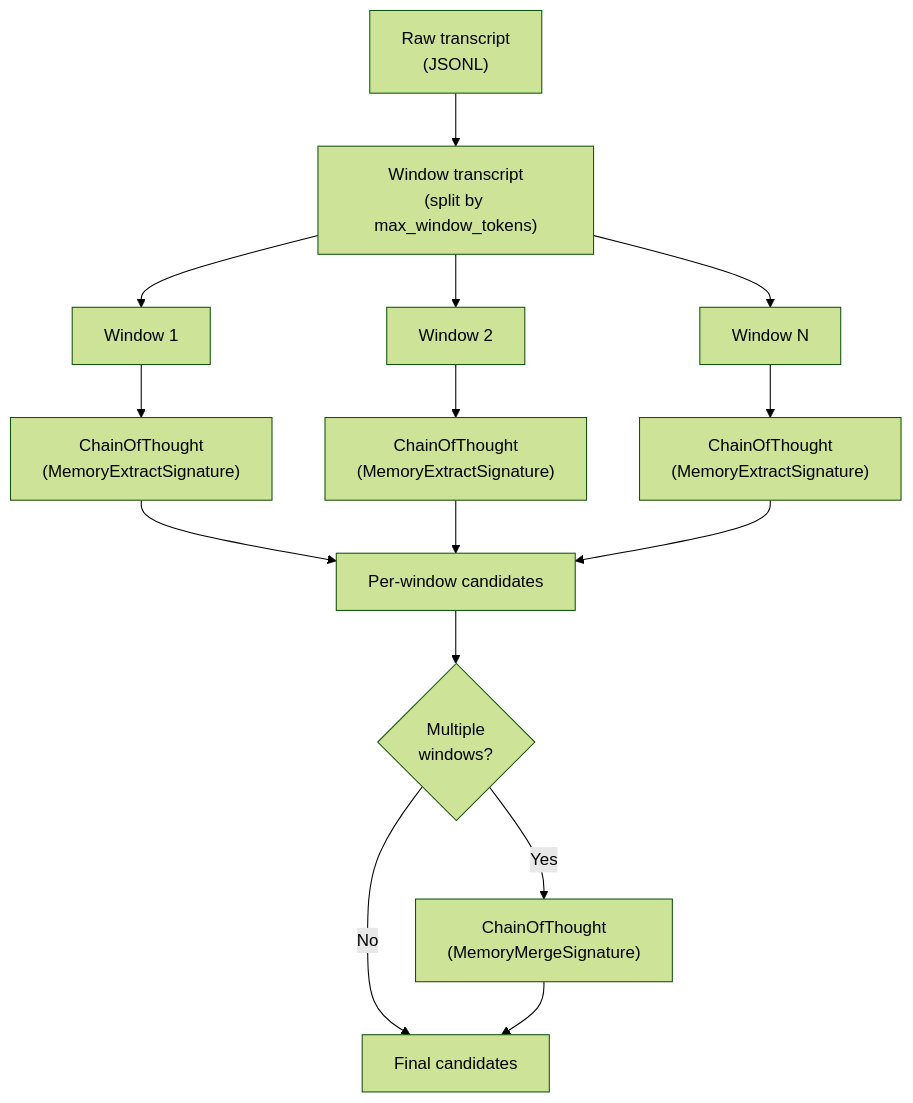
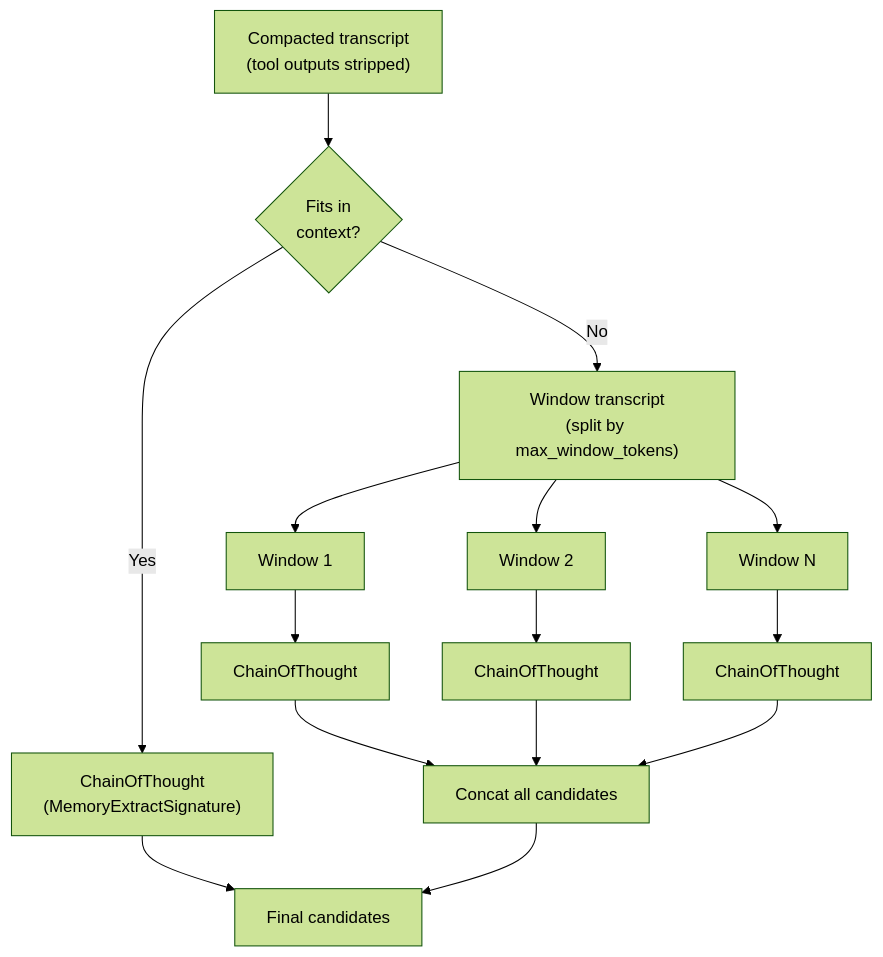
The diagram in docs/concepts/sync-maintain.md (awright101012/lerim-cli), drawn with Mermaid (forest theme) before and after one commit. The commit also changed other lines of this file and 12 other files, not shown here.

First line of the commit message:
refactor: strip tool outputs in adapters, simplify extraction and summarization pipelines

````diff
--- a/docs/concepts/sync-maintain.md
+++ b/docs/concepts/sync-maintain.md
@@ -104,17 +104,14 @@
 ```mermaid
 flowchart TD
-    A["Raw transcript\n(JSONL)"] --> B["Window transcript\n(split by max_window_tokens)"]
-    B --> C["Window 1"]
-    B --> D["Window 2"]
-    B --> E["Window N"]
-    C --> F["ChainOfThought\n(MemoryExtractSignature)"]
-    D --> G["ChainOfThought\n(MemoryExtractSignature)"]
-    E --> H["ChainOfThought\n(MemoryExtractSignature)"]
-    F --> I["Per-window candidates"]
-    G --> I
-    H --> I
-    I --> J{"Multiple\nwindows?"}
-    J -->|Yes| K["ChainOfThought\n(MemoryMergeSignature)"]
-    J -->|No| L["Final candidates"]
+    A["Compacted transcript\n(tool outputs stripped)"] --> B{"Fits in\ncontext?"}
+    B -->|Yes| C["ChainOfThought\n(MemoryExtractSignature)"]
+    B -->|No| D["Window transcript\n(split by max_window_tokens)"]
+    D --> E["Window 1"] --> F["ChainOfThought"]
+    D --> G["Window 2"] --> H["ChainOfThought"]
+    D --> I["Window N"] --> J["ChainOfThought"]
+    F --> K["Concat all candidates"]
+    H --> K
+    J --> K
+    C --> L["Final candidates"]
     K --> L
 ```
````
